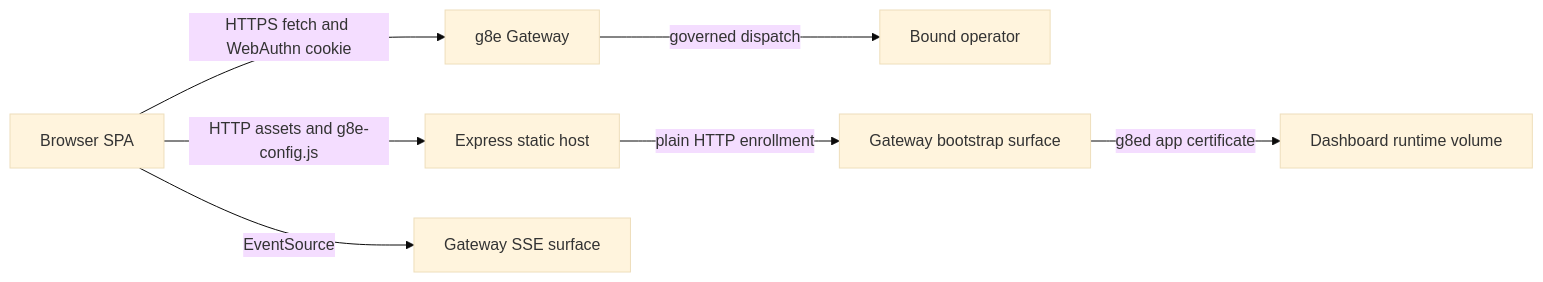
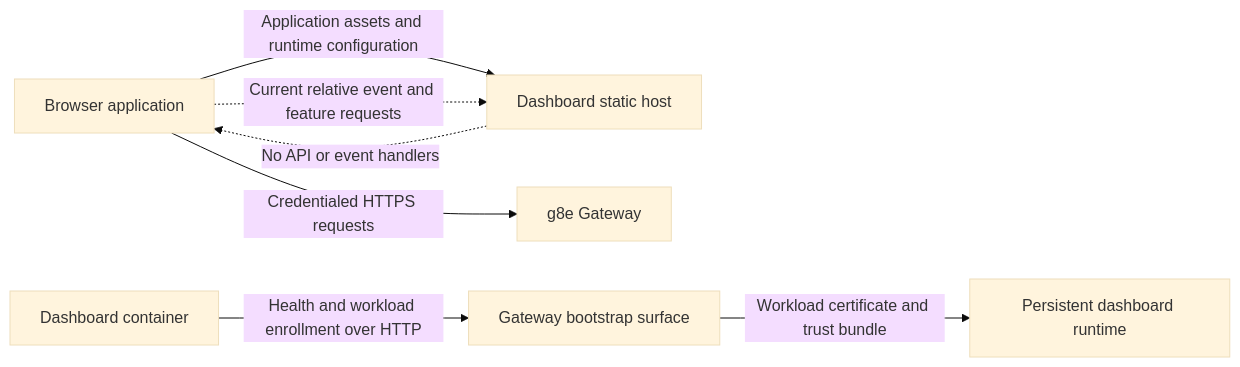
The diagram in docs/dashboard/architecture.md (g8e-ai/g8e), drawn with Mermaid (base theme) before and after one commit. The commit also changed other lines of this file and 190 other files, not shown here.

````diff
--- a/docs/dashboard/architecture.md
+++ b/docs/dashboard/architecture.md
@@ -7,9 +9,9 @@
 ```mermaid
 flowchart LR
-    Browser[Browser SPA] -->|HTTP assets and g8e-config.js| Host[Express static host]
-    Browser -->|HTTPS fetch and WebAuthn cookie| Gateway[g8e Gateway]
-    Browser -->|EventSource| SSE[Gateway SSE surface]
-    Gateway -->|governed dispatch| Operator[Bound operator]
-    Host -->|plain HTTP enrollment| Bootstrap[Gateway bootstrap surface]
-    Bootstrap -->|g8ed app certificate| Runtime[Dashboard runtime volume]
+    Browser[Browser application] -->|Application assets and runtime configuration| Host[Dashboard static host]
+    Browser -->|Credentialed HTTPS requests| Gateway[g8e Gateway]
+    Browser -.->|Current relative event and feature requests| Host
+    Host -.->|No API or event handlers| Browser
+    Container[Dashboard container] -->|Health and workload enrollment over HTTP| Bootstrap[Gateway bootstrap surface]
+    Bootstrap -->|Workload certificate and trust bundle| Runtime[Persistent dashboard runtime]
 ```
````
